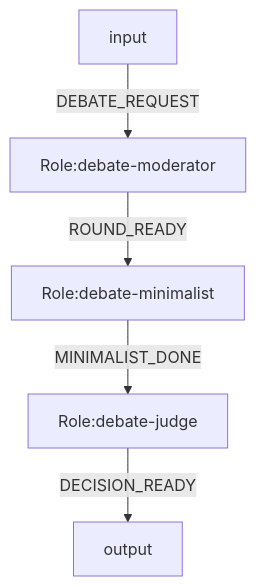
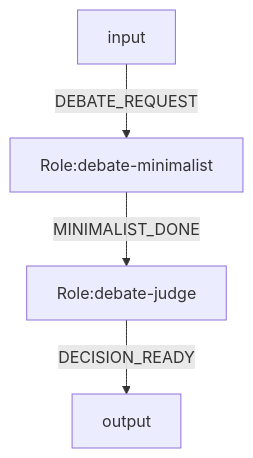
The diagram in docs/role-model-user-profile-minimal-spec.md (Fredericzhou/ogsystem), drawn with Mermaid before and after one commit. The commit also changed other lines of this file and 69 other files, not shown here.

````diff
--- a/docs/role-model-user-profile-minimal-spec.md
+++ b/docs/role-model-user-profile-minimal-spec.md
@@ -193,15 +195,13 @@
 ```mermaid
 flowchart TD
 %% system.id=architecture.debate.current
 %% system.version=1.0.0
 %% law.global=law.debate.base
-%% entry.role=debate-moderator
-%% model.bind.debate-moderator=fast-gpt54
-%% model.bind.debate-minimalist=claude-sonnet
+%% entry.role=debate-minimalist
+%% model.bind.debate-minimalist=balanced-gpt52
 %% model.bind.debate-judge=deep-o3
 
-input -->|DEBATE_REQUEST| moderator[Role:debate-moderator]
-moderator[Role:debate-moderator] -->|ROUND_READY| minimalist[Role:debate-minimalist]
+input -->|DEBATE_REQUEST| minimalist[Role:debate-minimalist]
 minimalist[Role:debate-minimalist] -->|MINIMALIST_DONE| judge[Role:debate-judge]
 judge[Role:debate-judge] -->|DECISION_READY| output
 ```
````
